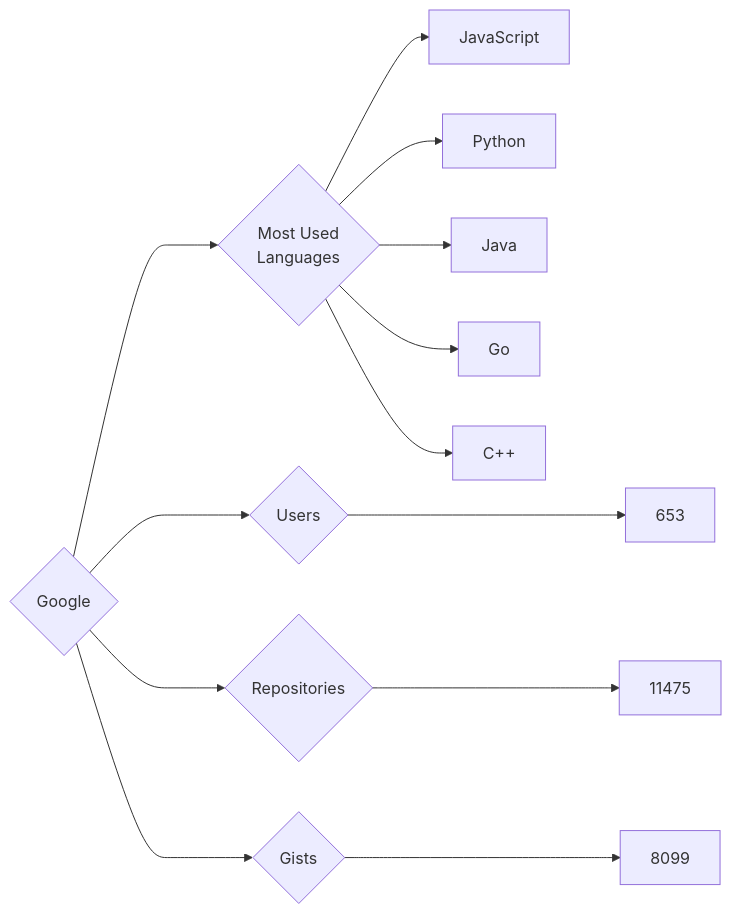
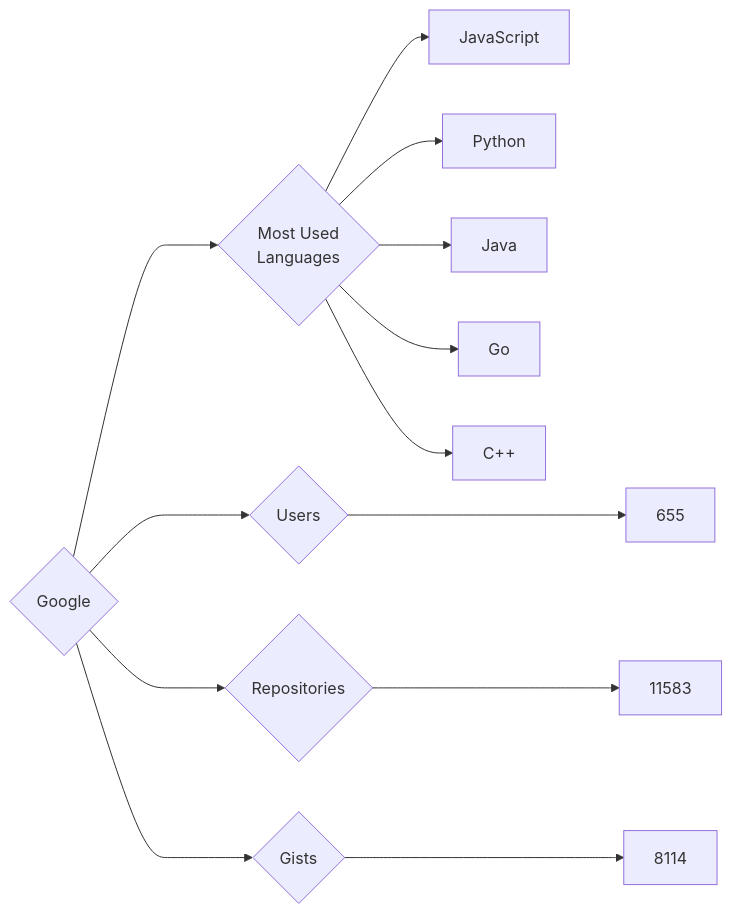
Before and after one commit to trickest/insiders: the diagram in targets/Google/README.md, drawn with Mermaid. The commit also changed 611 other files, not shown here.

````diff
--- a/targets/Google/README.md
+++ b/targets/Google/README.md
@@ -3,13 +3,13 @@
 ```mermaid
 graph LR
 COMPANY_NAME{Google}
-COMPANY_NAME ---> U{Users} ---> UN[653]
-COMPANY_NAME ---> R{Repositories} ---> RN[11475]
-COMPANY_NAME ---> G{Gists} ---> GN[8099]
+COMPANY_NAME ---> U{Users} ---> UN[655]
+COMPANY_NAME ---> R{Repositories} ---> RN[11583]
+COMPANY_NAME ---> G{Gists} ---> GN[8114]
 COMPANY_NAME ---> ML{Most Used<br>Languages}
 ML --> JavaScript[JavaScript]
 ML --> Python[Python]
 ML --> Java[Java]
 ML --> Go[Go]
 ML --> C++[C++]
 ```
````
